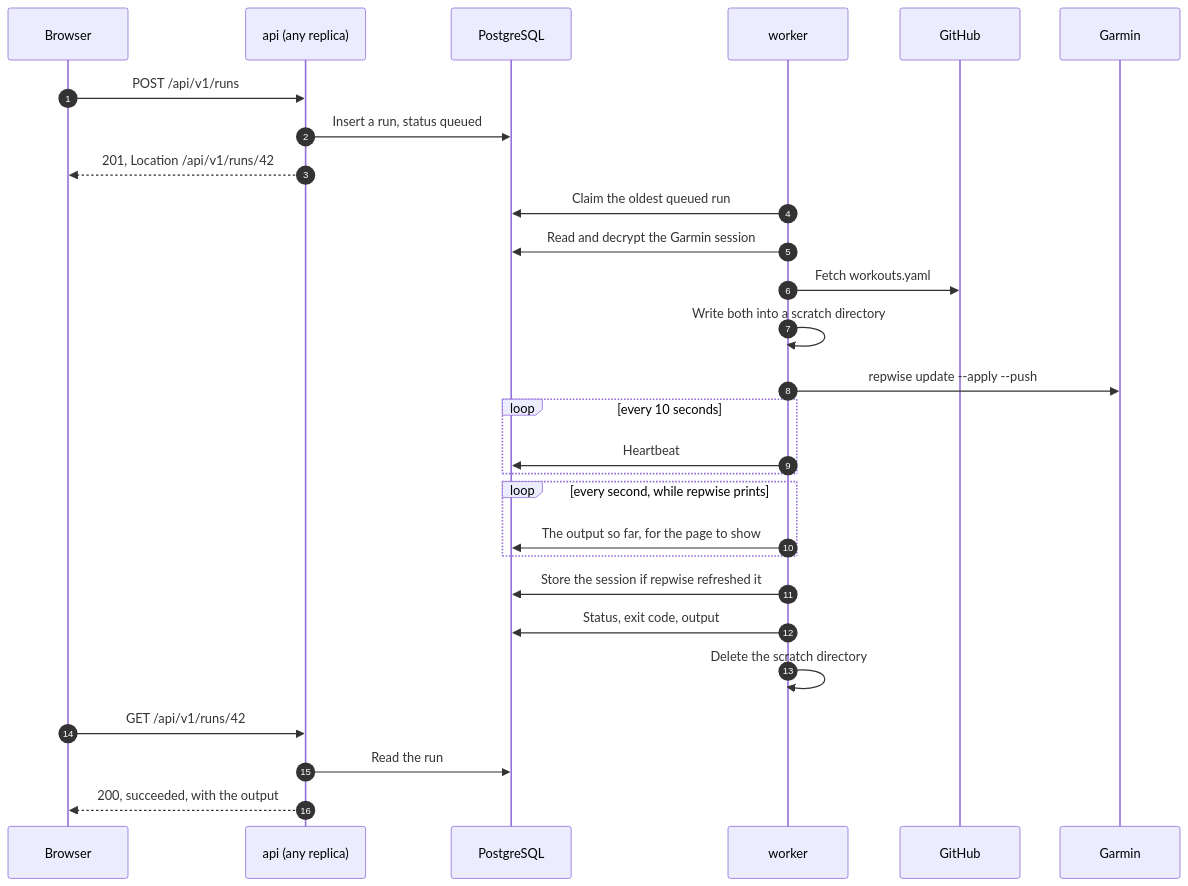
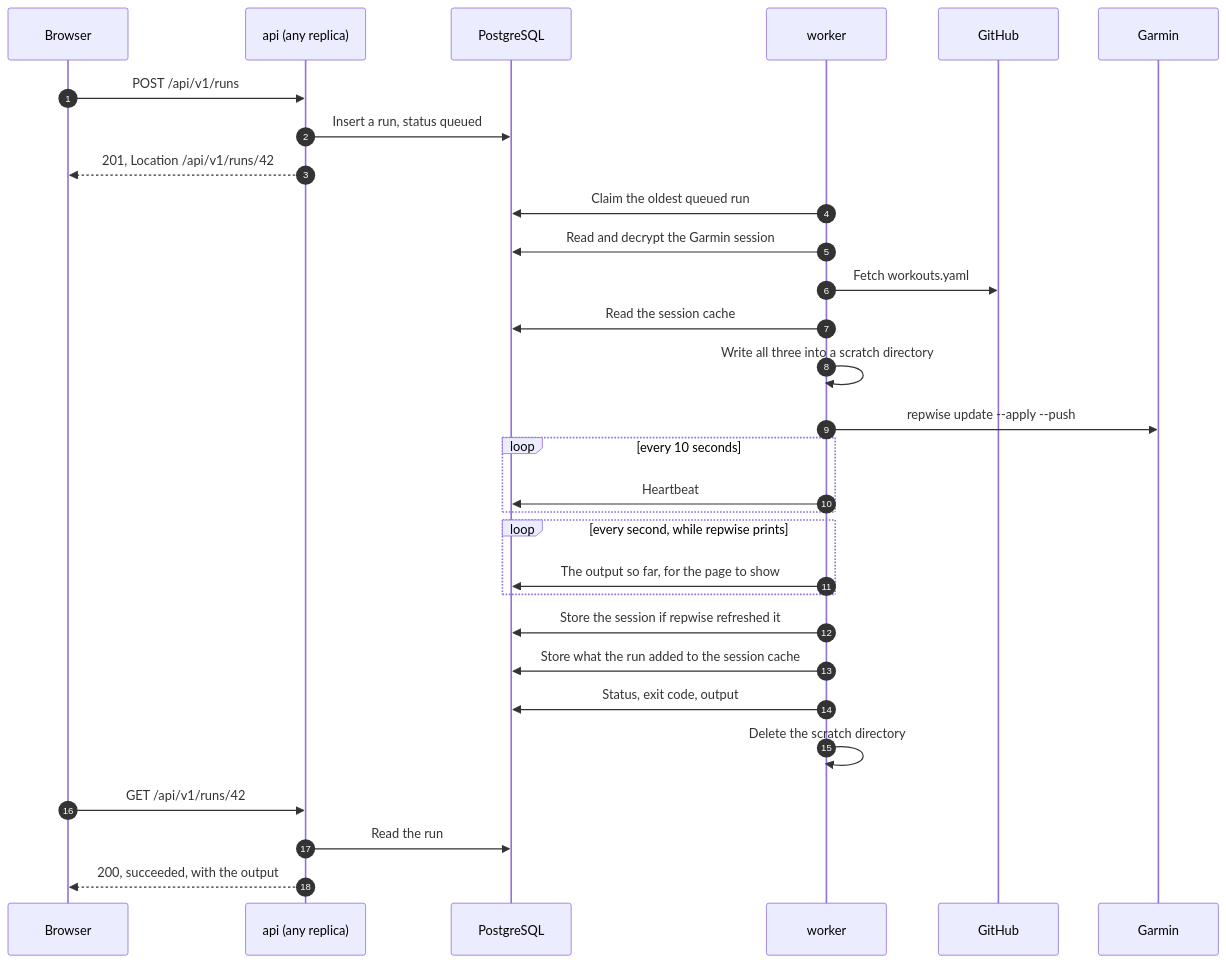
The third of 6 diagrams in PLAN.md (theadzik/repwise), drawn with Mermaid before and after one commit. The commit also changed other lines of this file and 4 other files, not shown here.

First line of the commit message:
chore(web): keep repwise's session cache between runs (#140)

````diff
--- a/PLAN.md
+++ b/PLAN.md
@@ -251,31 +252,33 @@
 ```mermaid
 sequenceDiagram
     autonumber
     participant B as Browser
     participant A as api (any replica)
     participant D as PostgreSQL
     participant W as worker
     participant H as GitHub
     participant G as Garmin
 
     B->>A: POST /api/v1/runs
     A->>D: Insert a run, status queued
     A-->>B: 201, Location /api/v1/runs/42
     W->>D: Claim the oldest queued run
     W->>D: Read and decrypt the Garmin session
     W->>H: Fetch workouts.yaml
-    W->>W: Write both into a scratch directory
+    W->>D: Read the session cache
+    W->>W: Write all three into a scratch directory
     W->>G: repwise update --apply --push
     loop every 10 seconds
         W->>D: Heartbeat
     end
     loop every second, while repwise prints
         W->>D: The output so far, for the page to show
     end
     W->>D: Store the session if repwise refreshed it
+    W->>D: Store what the run added to the session cache
     W->>D: Status, exit code, output
     W->>W: Delete the scratch directory
     B->>A: GET /api/v1/runs/42
     A->>D: Read the run
     A-->>B: 200, succeeded, with the output
 ```
````
